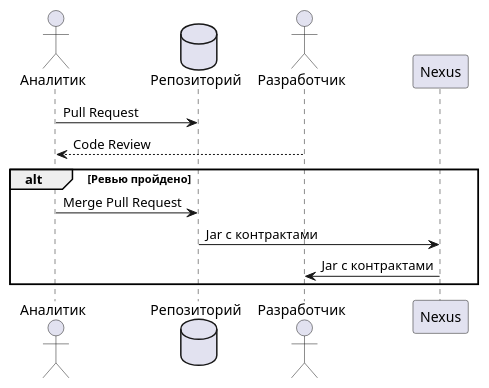
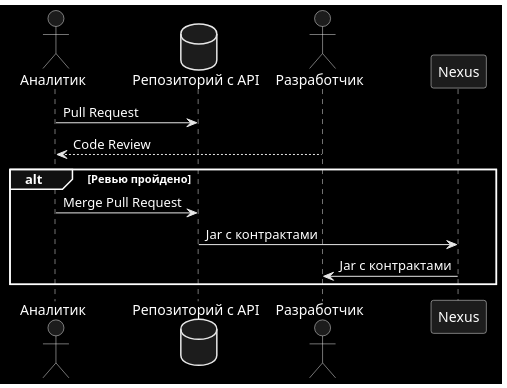
One commit to l3r8yJ/api-first-presentation changed the diagram in doc/api-first-approach.puml. Above: the diagram before and after it, drawn with PlantUML.

```diff
--- a/doc/api-first-approach.puml
+++ b/doc/api-first-approach.puml
@@ -1,14 +1,16 @@
 @startuml
+skinparam monochrome reverse
+
 actor Аналитик as analyst
-database Репозиторий as repo
+database "Репозиторий с API" as repo
 actor Разработчик as dev
 participant Nexus as nexus
 
 analyst -> repo: Pull Request
 dev --> analyst: Code Review
 alt Ревью пройдено
 analyst -> repo: Merge Pull Request
 repo -> nexus: Jar с контрактами
 nexus -> dev: Jar с контрактами
 end
 @enduml
```
